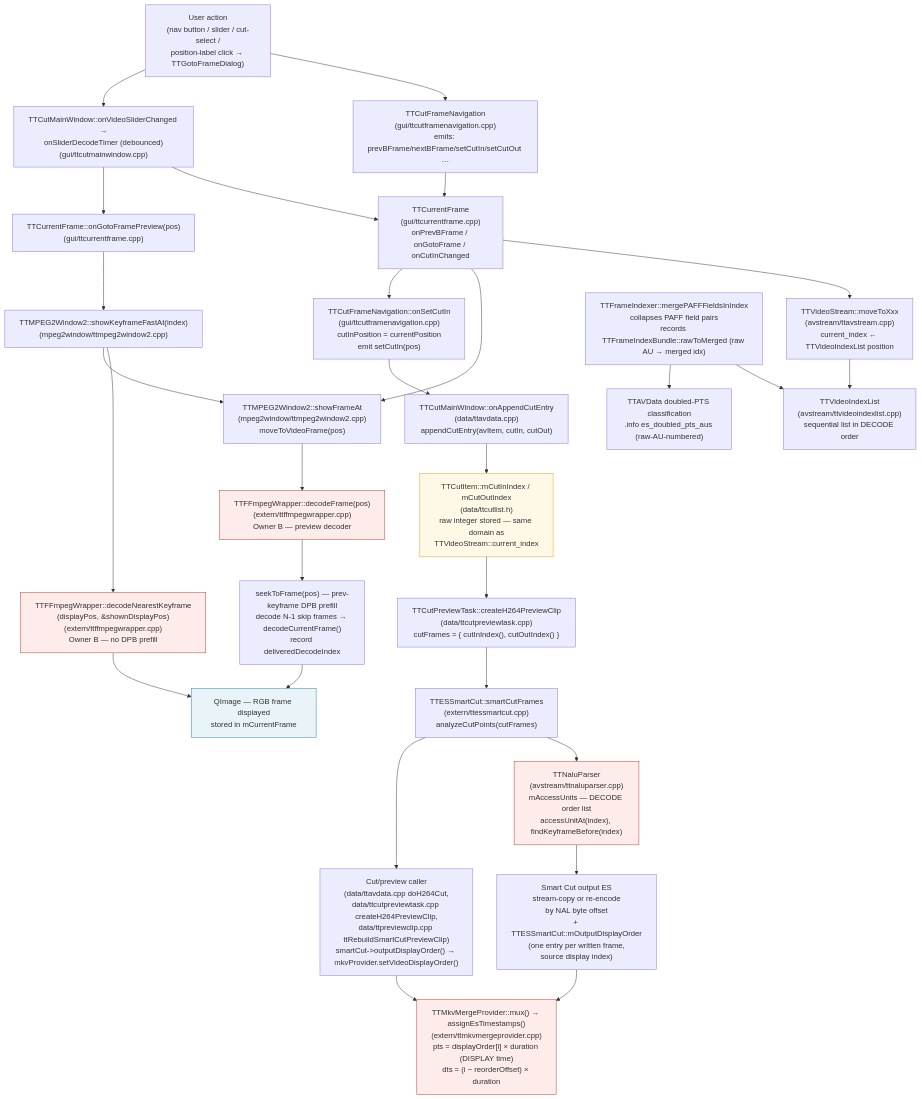
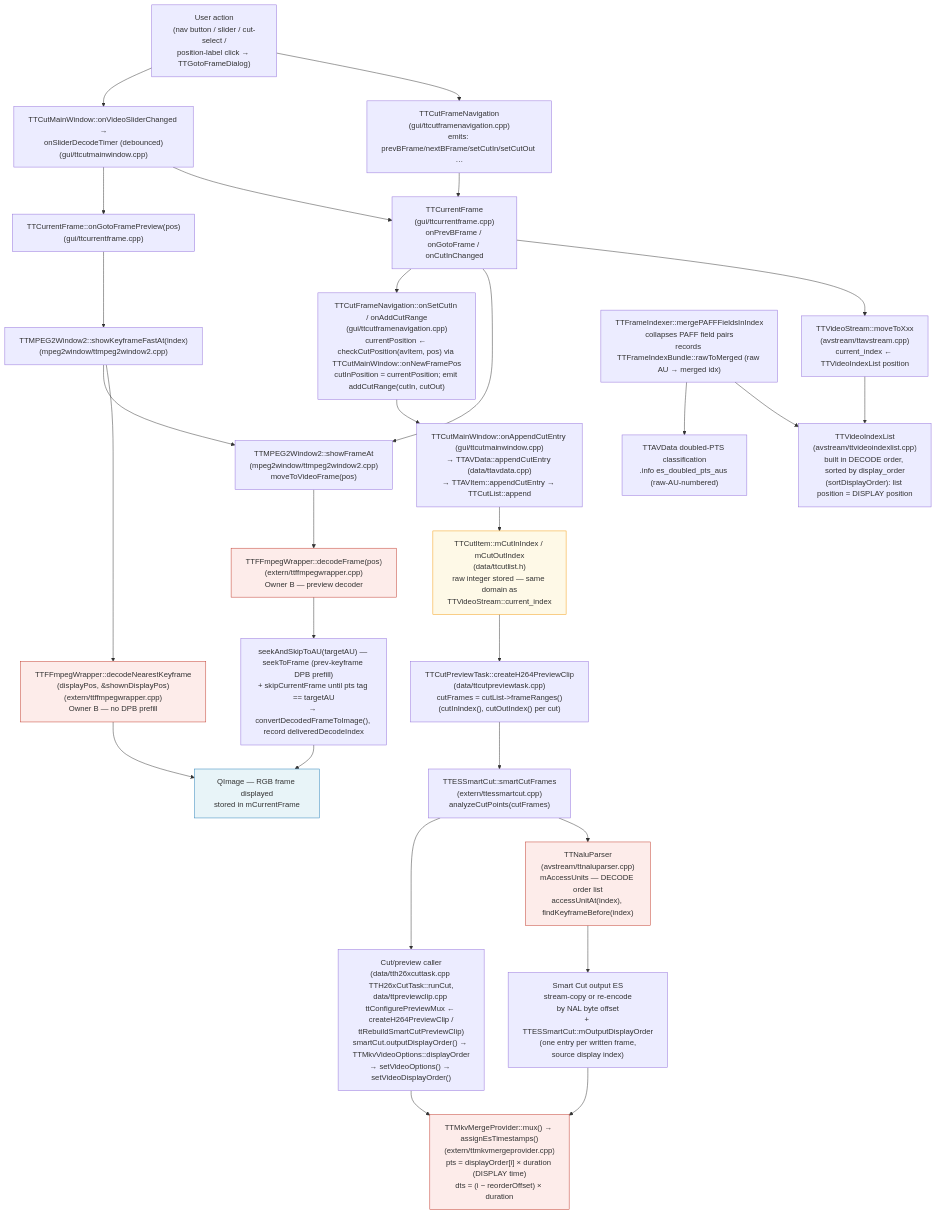
The diagram in docs/code-map/frame-order.md (MINIXJR/TTCut-ng), drawn with Mermaid before and after one commit. The commit also changed other lines of this file and 9 other files, not shown here.

````diff
--- a/docs/code-map/frame-order.md
+++ b/docs/code-map/frame-order.md
@@ -55,51 +62,51 @@
 ```mermaid
 flowchart TD
     A["User action<br/>(nav button / slider / cut-select /<br/>position-label click → TTGotoFrameDialog)"]
     B["TTCutFrameNavigation<br/>(gui/ttcutframenavigation.cpp)<br/>emits: prevBFrame/nextBFrame/setCutIn/setCutOut …"]
     C["TTCurrentFrame<br/>(gui/ttcurrentframe.cpp)<br/>onPrevBFrame / onGotoFrame / onCutInChanged"]
     D["TTVideoStream::moveToXxx<br/>(avstream/ttavstream.cpp)<br/>current_index ← TTVideoIndexList position"]
-    E["TTVideoIndexList<br/>(avstream/ttvideoindexlist.cpp)<br/>sequential list in DECODE order"]
+    E["TTVideoIndexList<br/>(avstream/ttvideoindexlist.cpp)<br/>built in DECODE order, sorted by display_order<br/>(sortDisplayOrder): list position = DISPLAY position"]
     F["TTMPEG2Window2::showFrameAt<br/>(mpeg2window/ttmpeg2window2.cpp)<br/>moveToVideoFrame(pos)"]
     G["TTFFmpegWrapper::decodeFrame(pos)<br/>(extern/ttffmpegwrapper.cpp)<br/>Owner B — preview decoder"]
-    H["seekToFrame(pos) — prev-keyframe DPB prefill<br/>decode N-1 skip frames → decodeCurrentFrame()<br/>record deliveredDecodeIndex"]
+    H["seekAndSkipToAU(targetAU) — seekToFrame (prev-keyframe DPB prefill)<br/>+ skipCurrentFrame until pts tag == targetAU<br/>→ convertDecodedFrameToImage(), record deliveredDecodeIndex"]
     I["QImage — RGB frame displayed<br/>stored in mCurrentFrame"]
     SL["TTCutMainWindow::onVideoSliderChanged →<br/>onSliderDecodeTimer (debounced)<br/>(gui/ttcutmainwindow.cpp)"]
     GP["TTCurrentFrame::onGotoFramePreview(pos)<br/>(gui/ttcurrentframe.cpp)"]
     KF["TTMPEG2Window2::showKeyframeFastAt(index)<br/>(mpeg2window/ttmpeg2window2.cpp)"]
     NK["TTFFmpegWrapper::decodeNearestKeyframe<br/>(displayPos, &amp;shownDisplayPos)<br/>(extern/ttffmpegwrapper.cpp)<br/>Owner B — no DPB prefill"]
-    J["TTCutFrameNavigation::onSetCutIn<br/>(gui/ttcutframenavigation.cpp)<br/>cutInPosition = currentPosition<br/>emit setCutIn(pos)"]
-    K["TTCutMainWindow::onAppendCutEntry<br/>(data/ttavdata.cpp)<br/>appendCutEntry(avItem, cutIn, cutOut)"]
+    J["TTCutFrameNavigation::onSetCutIn / onAddCutRange<br/>(gui/ttcutframenavigation.cpp)<br/>currentPosition ← checkCutPosition(avItem, pos) via TTCutMainWindow::onNewFramePos<br/>cutInPosition = currentPosition; emit addCutRange(cutIn, cutOut)"]
+    K["TTCutMainWindow::onAppendCutEntry (gui/ttcutmainwindow.cpp)<br/>→ TTAVData::appendCutEntry (data/ttavdata.cpp)<br/>→ TTAVItem::appendCutEntry → TTCutList::append"]
     L["TTCutItem::mCutInIndex / mCutOutIndex<br/>(data/ttcutlist.h)<br/>raw integer stored — same domain as<br/>TTVideoStream::current_index"]
-    M["TTCutPreviewTask::createH264PreviewClip<br/>(data/ttcutpreviewtask.cpp)<br/>cutFrames = { cutInIndex(), cutOutIndex() }"]
+    M["TTCutPreviewTask::createH264PreviewClip<br/>(data/ttcutpreviewtask.cpp)<br/>cutFrames = cutList-&gt;frameRanges()<br/>(cutInIndex(), cutOutIndex() per cut)"]
     N["TTESSmartCut::smartCutFrames<br/>(extern/ttessmartcut.cpp)<br/>analyzeCutPoints(cutFrames)"]
     O["TTNaluParser<br/>(avstream/ttnaluparser.cpp)<br/>mAccessUnits — DECODE order list<br/>accessUnitAt(index), findKeyframeBefore(index)"]
     P["Smart Cut output ES<br/>stream-copy or re-encode<br/>by NAL byte offset<br/>+ TTESSmartCut::mOutputDisplayOrder<br/>(one entry per written frame,<br/>source display index)"]
-    Q["Cut/preview caller<br/>(data/ttavdata.cpp doH264Cut,<br/>data/ttcutpreviewtask.cpp createH264PreviewClip,<br/>data/ttpreviewclip.cpp ttRebuildSmartCutPreviewClip)<br/>smartCut->outputDisplayOrder() → mkvProvider.setVideoDisplayOrder()"]
+    Q["Cut/preview caller<br/>(data/tth26xcuttask.cpp TTH26xCutTask::runCut,<br/>data/ttpreviewclip.cpp ttConfigurePreviewMux ← createH264PreviewClip /<br/>ttRebuildSmartCutPreviewClip)<br/>smartCut.outputDisplayOrder() → TTMkvVideoOptions::displayOrder<br/>→ setVideoOptions() → setVideoDisplayOrder()"]
     R["TTMkvMergeProvider::mux() → assignEsTimestamps()<br/>(extern/ttmkvmergeprovider.cpp)<br/>pts = displayOrder[i] × duration (DISPLAY time)<br/>dts = (i − reorderOffset) × duration"]
 
     MRG["TTFrameIndexer::mergePAFFFieldsInIndex<br/>collapses PAFF field pairs<br/>records TTFrameIndexBundle::rawToMerged (raw AU → merged idx)"]
     DPC["TTAVData doubled-PTS classification<br/>.info es_doubled_pts_aus (raw-AU-numbered)"]
 
     A --> B --> C
     C --> D --> E
     MRG --> E
     MRG --> DPC
     C --> F
     F --> G --> H --> I
     C --> J --> K --> L
     L --> M --> N --> O --> P
     N --> Q --> R
     P --> R
     A --> SL
     SL --> C
     SL --> GP --> KF
     KF --> NK --> I
     KF --> F
 
     style I fill:#e8f4f8,stroke:#2980b9
     style L fill:#fef9e7,stroke:#f39c12
     style G fill:#fdecea,stroke:#c0392b
     style O fill:#fdecea,stroke:#c0392b
     style R fill:#fdecea,stroke:#c0392b
     style NK fill:#fdecea,stroke:#c0392b
 ```
````
